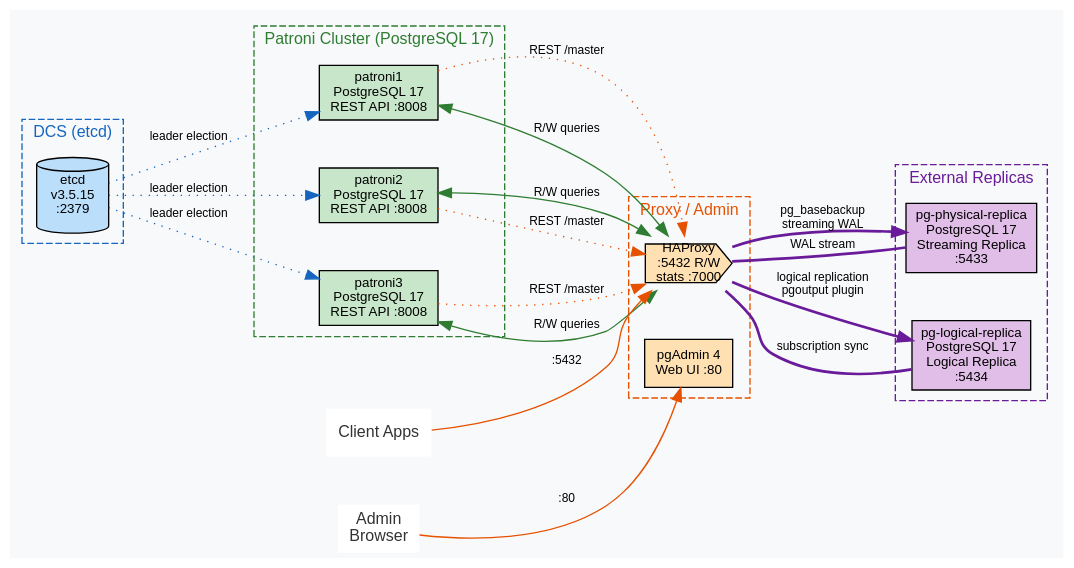
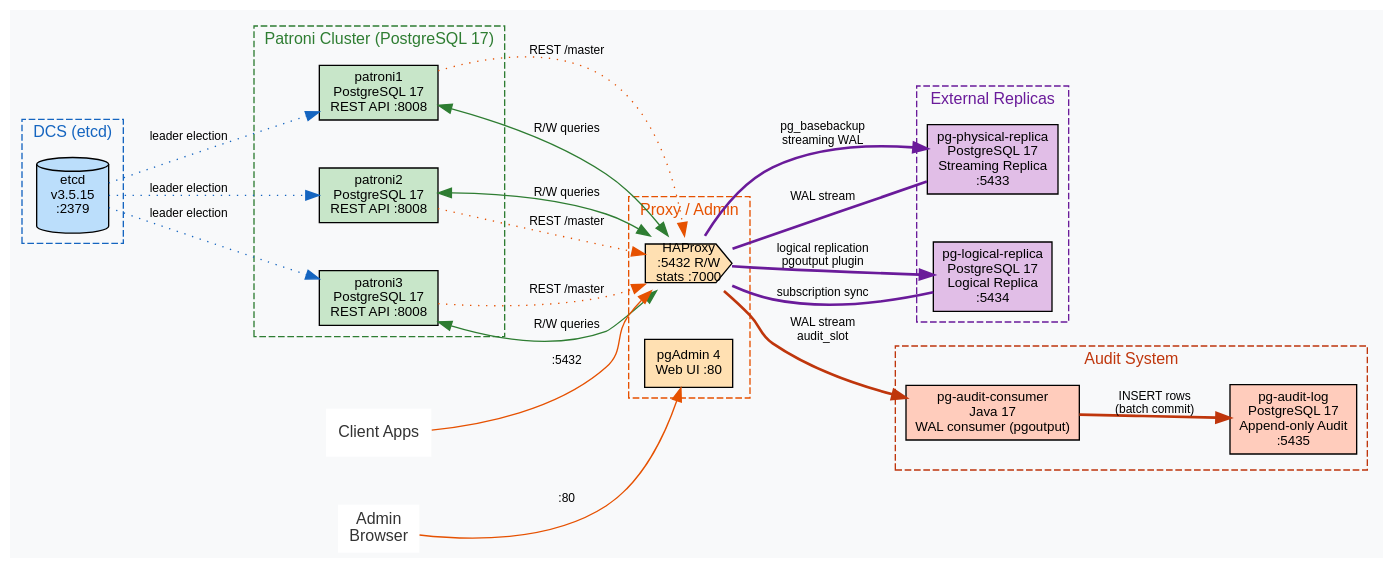
The diagram in patroni-cluster/architecture.dot (gertcik/db-patroni), drawn with Graphviz before and after one commit. The commit also changed 36 other files, not shown here.

Commit message:
(feat): добавлен WAL-consumer реализация протокольной БД на Java

```diff
--- a/patroni-cluster/architecture.dot
+++ b/patroni-cluster/architecture.dot
@@ -1,84 +1,99 @@
 digraph G {
     rankdir=LR;
     splines=true;
     nodesep=0.5;
     ranksep=0.7;
     bgcolor="#f8f9fa";
     fontname="Arial";
     fontsize=11;
 
     node [shape=box, style=filled, fillcolor="white", fontname="Arial", fontsize=10];
     edge [fontname="Arial", fontsize=9];
 
     subgraph cluster_dcs {
         label="DCS (etcd)";
         style=dashed;
         fillcolor="#e3f2fd";
         color="#1565c0";
         fontcolor="#1565c0";
         fontsize=12;
 
         etcd [label="etcd\nv3.5.15\n:2379", fillcolor="#bbdefb", shape=cylinder];
     }
 
     subgraph cluster_patroni {
         label="Patroni Cluster (PostgreSQL 17)";
         style=dashed;
         fillcolor="#e8f5e9";
         color="#2e7d32";
         fontcolor="#2e7d32";
         fontsize=12;
 
         patroni1 [label="patroni1\nPostgreSQL 17\nREST API :8008", fillcolor="#c8e6c9"];
         patroni2 [label="patroni2\nPostgreSQL 17\nREST API :8008", fillcolor="#c8e6c9"];
         patroni3 [label="patroni3\nPostgreSQL 17\nREST API :8008", fillcolor="#c8e6c9"];
     }
 
     subgraph cluster_proxy {
         label="Proxy / Admin";
         style=dashed;
         fillcolor="#fff3e0";
         color="#e65100";
         fontcolor="#e65100";
         fontsize=12;
 
         haproxy [label="HAProxy\n:5432 R/W\nstats :7000", fillcolor="#ffe0b2", shape=cds];
         pgadmin [label="pgAdmin 4\nWeb UI :80", fillcolor="#ffe0b2"];
     }
 
     subgraph cluster_replicas {
         label="External Replicas";
         style=dashed;
         fillcolor="#f3e5f5";
         color="#6a1b9a";
         fontcolor="#6a1b9a";
         fontsize=12;
 
         physical [label="pg-physical-replica\nPostgreSQL 17\nStreaming Replica\n:5433", fillcolor="#e1bee7"];
         logical [label="pg-logical-replica\nPostgreSQL 17\nLogical Replica\n:5434", fillcolor="#e1bee7"];
     }
 
+    subgraph cluster_audit {
+        label="Audit System";
+        style=dashed;
+        fillcolor="#fbe9e7";
+        color="#bf360c";
+        fontcolor="#bf360c";
+        fontsize=12;
+
+        audit_consumer [label="pg-audit-consumer\nJava 17\nWAL consumer (pgoutput)", fillcolor="#ffccbc"];
+        audit_log [label="pg-audit-log\nPostgreSQL 17\nAppend-only Audit\n:5435", fillcolor="#ffccbc"];
+    }
+
     etcd -> patroni1 [label=" leader election", style=dotted, color="#1565c0"];
     etcd -> patroni2 [label=" leader election", style=dotted, color="#1565c0"];
     etcd -> patroni3 [label=" leader election", style=dotted, color="#1565c0"];
 
     patroni1 -> haproxy [label=" REST /master", style=dotted, color="#e65100"];
     patroni2 -> haproxy [label=" REST /master", style=dotted, color="#e65100"];
     patroni3 -> haproxy [label=" REST /master", style=dotted, color="#e65100"];
 
     haproxy -> patroni1 [label=" R/W queries", dir=both, color="#2e7d32"];
     haproxy -> patroni2 [label=" R/W queries", dir=both, color="#2e7d32"];
     haproxy -> patroni3 [label=" R/W queries", dir=both, color="#2e7d32"];
 
     haproxy -> physical [label=" pg_basebackup\n streaming WAL", style=bold, color="#6a1b9a"];
     physical -> haproxy [label=" WAL stream", style=bold, dir=none, color="#6a1b9a"];
 
     haproxy -> logical [label=" logical replication\n pgoutput plugin", style=bold, color="#6a1b9a"];
     logical -> haproxy [label=" subscription sync", style=bold, dir=none, color="#6a1b9a"];
 
+    haproxy -> audit_consumer [label=" WAL stream\n audit_slot", style=bold, color="#bf360c"];
+    audit_consumer -> audit_log [label=" INSERT rows\n (batch commit)", style=bold, color="#bf360c"];
+
     user [label="Client Apps", shape=plaintext, fontsize=12, fontcolor="gray20"];
     user -> haproxy [label=" :5432", color="#e65100"];
 
     admin [label="Admin\nBrowser", shape=plaintext, fontsize=12, fontcolor="gray20"];
     admin -> pgadmin [label=" :80", color="#e65100"];
 }
```
